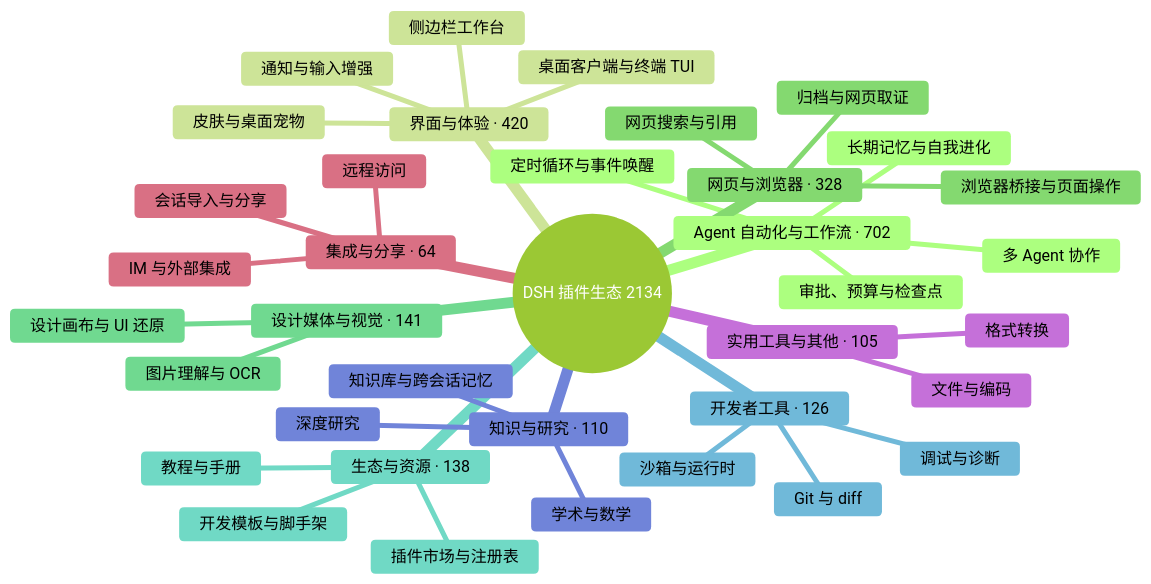
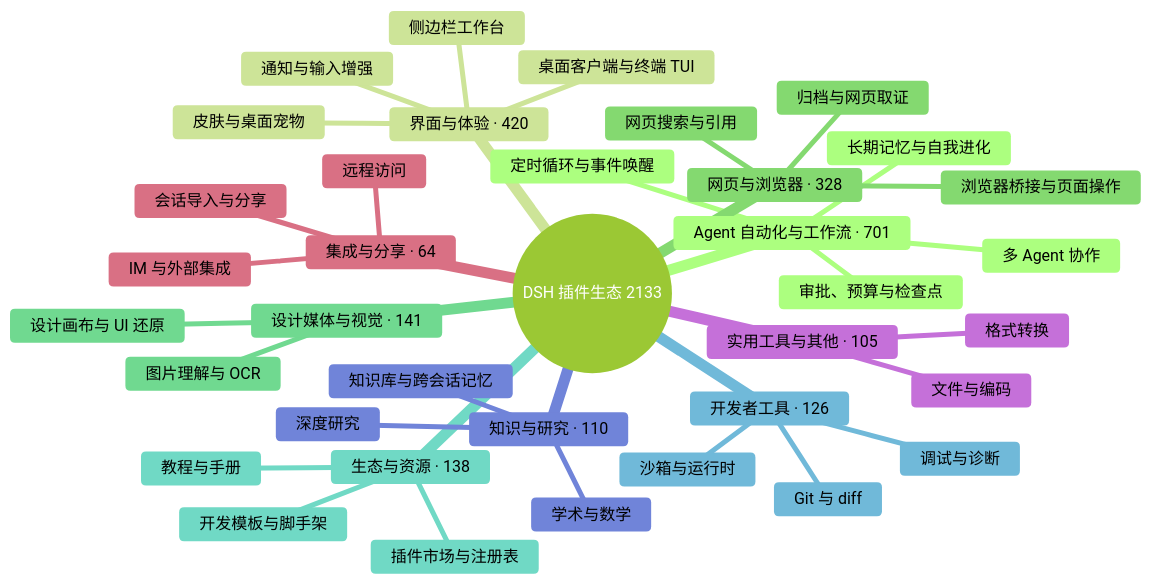
The diagram in README.md (PGZXB/awesome-dsh-plugin-3), drawn with Mermaid (forest theme) before and after one commit. The commit also changed other lines of this file and 2 other files, not shown here.

````diff
--- a/README.md
+++ b/README.md
@@ -32,40 +32,40 @@
 ```mermaid
 mindmap
-  root((DSH 插件生态 2134))
-    Agent 自动化与工作流 · 702
+  root((DSH 插件生态 2133))
+    Agent 自动化与工作流 · 701
       定时循环与事件唤醒
       多 Agent 协作
       长期记忆与自我进化
       审批、预算与检查点
     界面与体验 · 420
       桌面客户端与终端 TUI
       侧边栏工作台
       皮肤与桌面宠物
       通知与输入增强
     网页与浏览器 · 328
       浏览器桥接与页面操作
       网页搜索与引用
       归档与网页取证
     设计媒体与视觉 · 141
       图片理解与 OCR
       设计画布与 UI 还原
     生态与资源 · 138
       插件市场与注册表
       开发模板与脚手架
       教程与手册
     开发者工具 · 126
       Git 与 diff
       沙箱与运行时
       调试与诊断
     知识与研究 · 110
       知识库与跨会话记忆
       深度研究
       学术与数学
     实用工具与其他 · 105
       文件与编码
       格式转换
     集成与分享 · 64
       会话导入与分享
       远程访问
       IM 与外部集成
 ```
````
